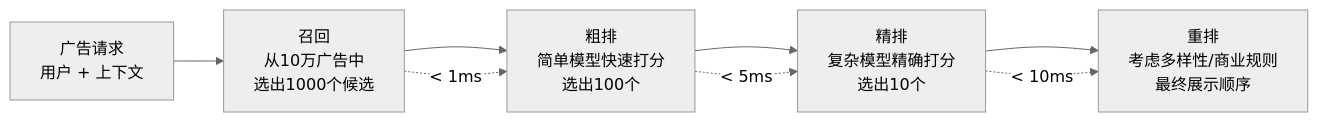
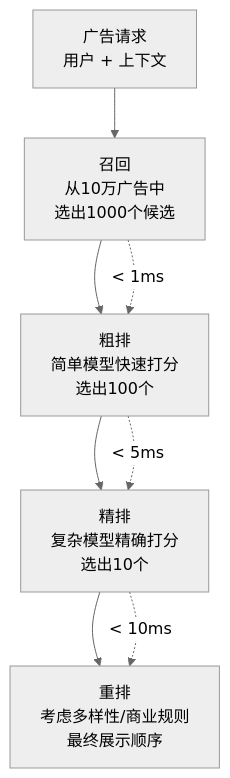
Before and after one commit to jpixy/jpixy.github.io: diagram 27 of 32 in content/articles/ai/ai-36-传统机器学习从零到产品全链路.md, drawn with Mermaid (neutral theme). The commit also changed other lines of this file and 1 other file, not shown here.

````diff
--- a/content/articles/ai/ai-36-传统机器学习从零到产品全链路.md
+++ b/content/articles/ai/ai-36-传统机器学习从零到产品全链路.md
@@ -2152,12 +2152,12 @@
 ```mermaid
-flowchart LR
+flowchart TD
     REQ["广告请求<br/>用户 + 上下文"]
     REQ --> RECALL["召回<br/>从10万广告中<br/>选出1000个候选"]
     RECALL --> COARSE["粗排<br/>简单模型快速打分<br/>选出100个"]
     COARSE --> FINE["精排<br/>复杂模型精确打分<br/>选出10个"]
     FINE --> RERANK["重排<br/>考虑多样性/商业规则<br/>最终展示顺序"]
     
     RECALL -.->|"< 1ms"| COARSE
     COARSE -.->|"< 5ms"| FINE
     FINE -.->|"< 10ms"| RERANK
 ```
````
